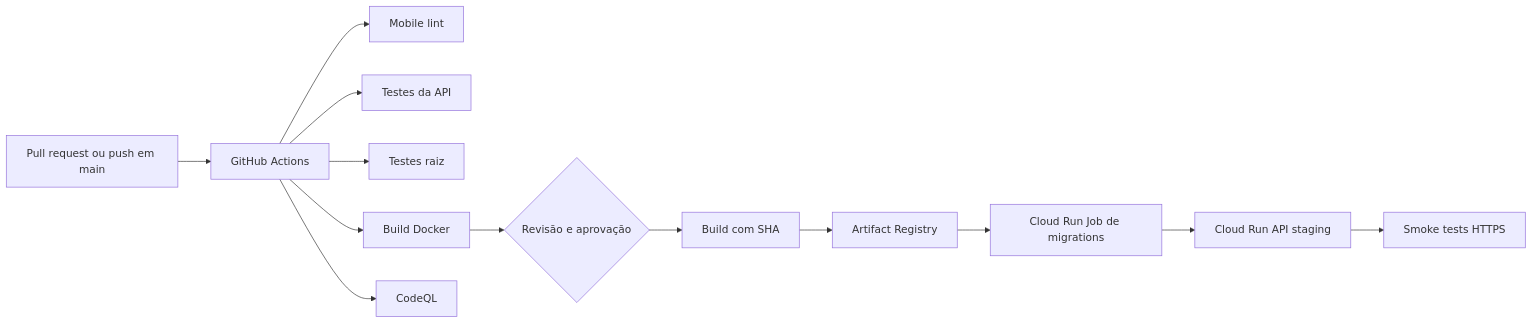
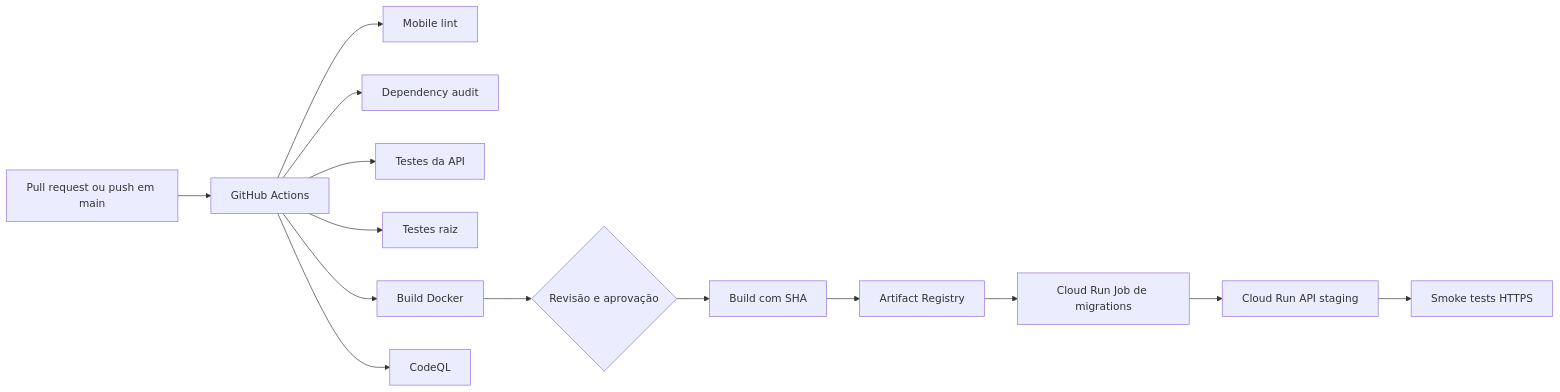
One commit to felipemrvieira/MyFetus changed the diagram in docs/ci-cd-gcp-staging.md. Above: the diagram before and after it, drawn with Mermaid. The commit also changed other lines of this file and 9 other files, not shown here.

````diff
--- a/docs/ci-cd-gcp-staging.md
+++ b/docs/ci-cd-gcp-staging.md
@@ -16,15 +16,16 @@
 ```mermaid
 flowchart LR
   A[Pull request ou push em main] --> B[GitHub Actions]
   B --> C[Mobile lint]
+  B --> S[Dependency audit]
   B --> D[Testes da API]
   B --> E[Testes raiz]
   B --> F[Build Docker]
   B --> G[CodeQL]
   F --> H{Revisão e aprovação}
   H --> I[Build com SHA]
   I --> J[Artifact Registry]
   J --> K[Cloud Run Job de migrations]
   K --> L[Cloud Run API staging]
   L --> M[Smoke tests HTTPS]
 ```
````
